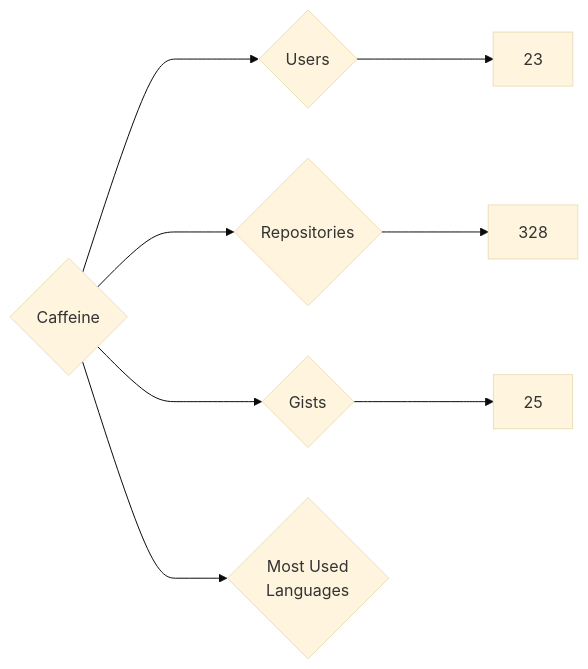
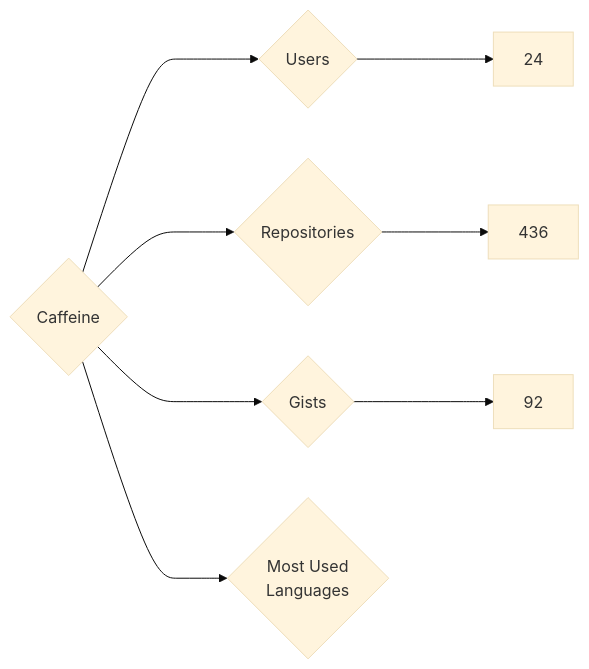
One commit to nenadzaric/insiders changed the diagram in targets/Caffeine/README.md. Above: the diagram before and after it, drawn with Mermaid (base theme). The commit also changed 1342 other files, not shown here.

````diff
--- a/targets/Caffeine/README.md
+++ b/targets/Caffeine/README.md
@@ -3,8 +3,8 @@
 ```mermaid
 graph LR
 COMPANY_NAME{Caffeine}
-COMPANY_NAME ---> U{Users} ---> UN[23]
-COMPANY_NAME ---> R{Repositories} ---> RN[328]
-COMPANY_NAME ---> G{Gists} ---> GN[25]
+COMPANY_NAME ---> U{Users} ---> UN[24]
+COMPANY_NAME ---> R{Repositories} ---> RN[436]
+COMPANY_NAME ---> G{Gists} ---> GN[92]
 COMPANY_NAME ---> ML{Most Used<br>Languages}
 ```
````
